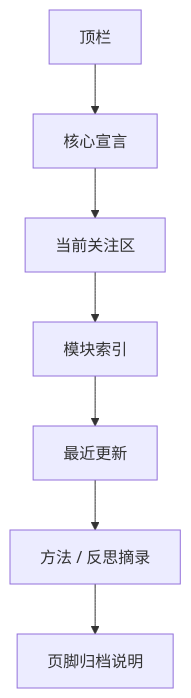
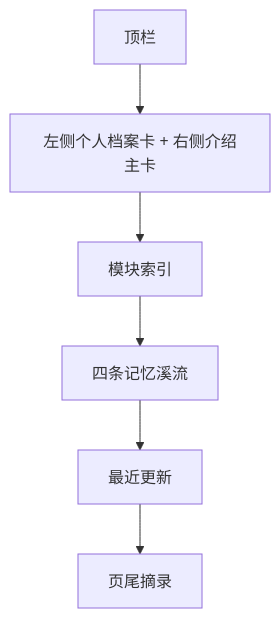
The diagram in docs/design/home/overview.zh-CN.md (Albertlearnpython/RememberMyself), drawn with Mermaid before and after one commit. The commit also changed other lines of this file and 9 other files, not shown here.

````diff
--- a/docs/design/home/overview.zh-CN.md
+++ b/docs/design/home/overview.zh-CN.md
@@ -39,9 +19,8 @@
 ```mermaid
 flowchart TD
-    A["顶栏"] --> B["核心宣言"]
-    B --> C["当前关注区"]
-    C --> D["模块索引"]
+    A["顶栏"] --> B["左侧个人档案卡 + 右侧介绍主卡"]
+    B --> C["模块索引"]
+    C --> D["四条记忆溪流"]
     D --> E["最近更新"]
-    E --> F["方法 / 反思摘录"]
-    F --> G["页脚归档说明"]
+    E --> F["页尾摘录"]
 ```
````
